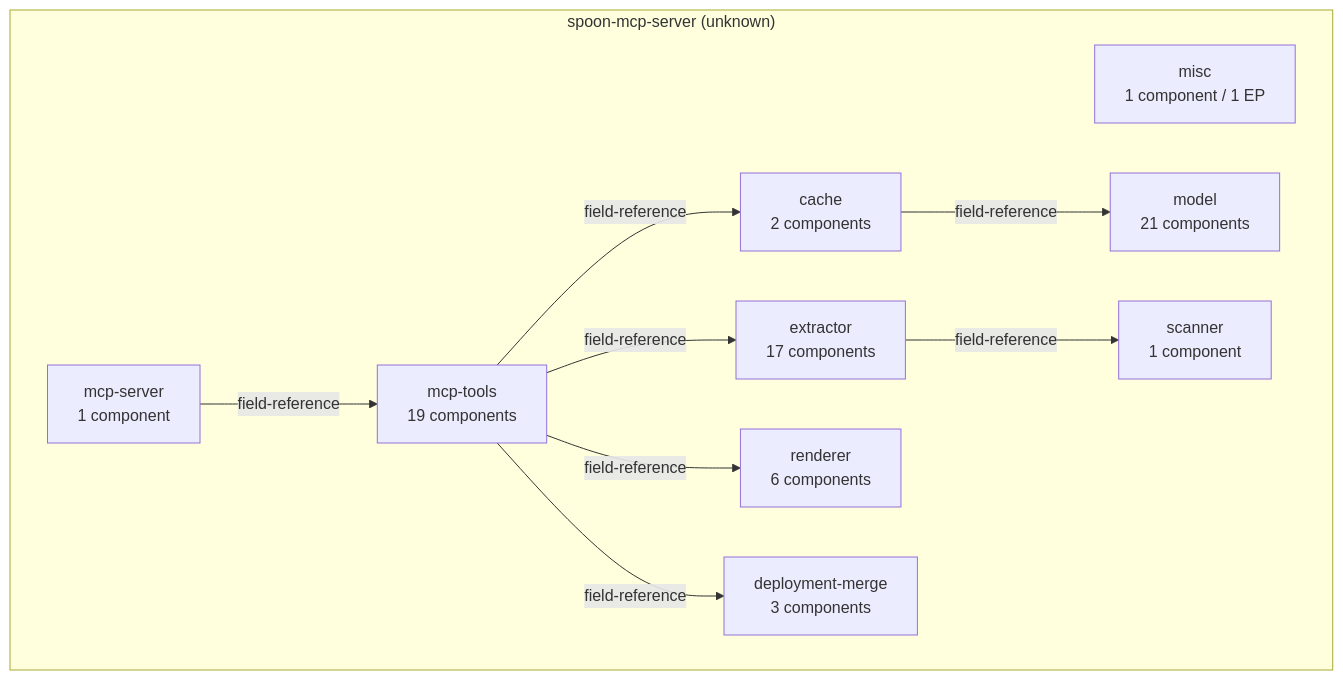
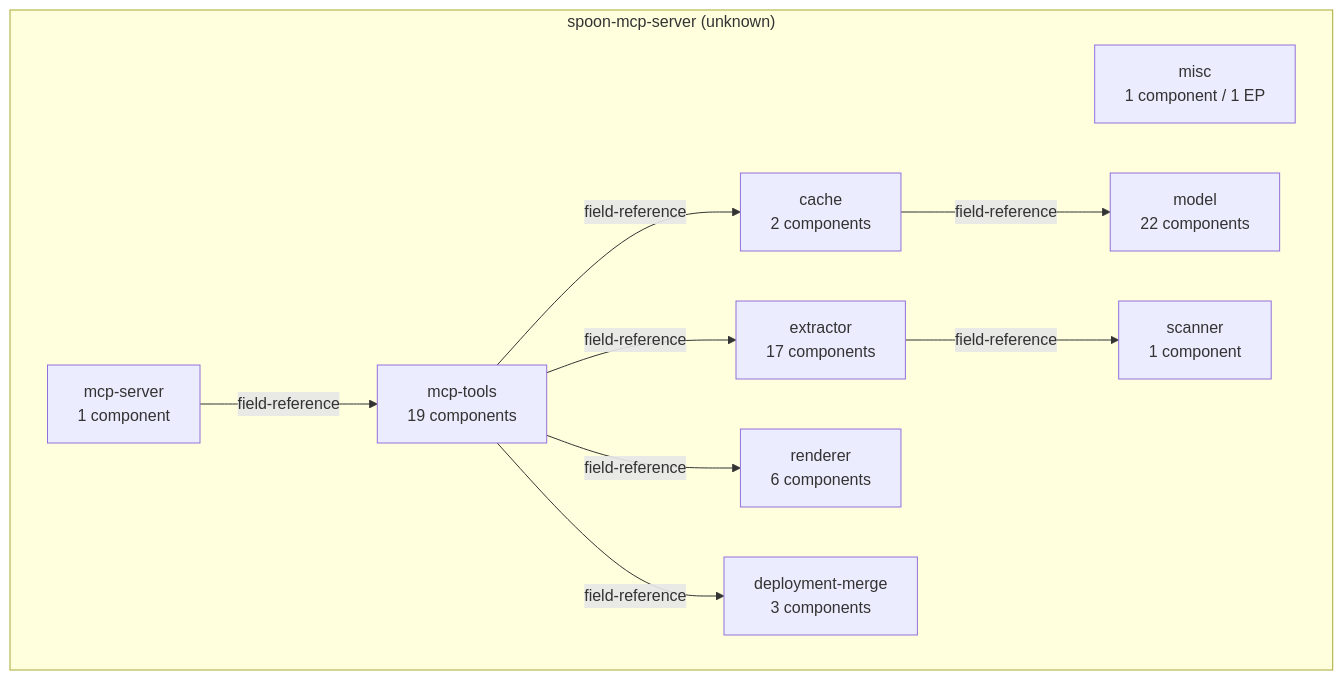
The third of 5 diagrams in docs/ARCHITECTURE.md (DerPate/archlens), drawn with Mermaid before and after one commit. The commit also changed other lines of this file and 17 other files, not shown here.

````diff
--- a/docs/ARCHITECTURE.md
+++ b/docs/ARCHITECTURE.md
@@ -376,21 +380,21 @@
 ```mermaid
 flowchart TD
     subgraph app_spoon_mcp_server["spoon-mcp-server (unknown)"]
         container_app_spoon_mcp_server_misc["misc\n1 component / 1 EP"]
         container_app_spoon_mcp_server_cache["cache\n2 components"]
         container_app_spoon_mcp_server_extractor["extractor\n17 components"]
         container_app_spoon_mcp_server_mcp_server["mcp-server\n1 component"]
         container_app_spoon_mcp_server_mcp_tools["mcp-tools\n19 components"]
         container_app_spoon_mcp_server_deployment_merge["deployment-merge\n3 components"]
-        container_app_spoon_mcp_server_model["model\n21 components"]
+        container_app_spoon_mcp_server_model["model\n22 components"]
         container_app_spoon_mcp_server_renderer["renderer\n6 components"]
         container_app_spoon_mcp_server_scanner["scanner\n1 component"]
     end
     container_app_spoon_mcp_server_cache -->|field-reference| container_app_spoon_mcp_server_model
     container_app_spoon_mcp_server_extractor -->|field-reference| container_app_spoon_mcp_server_scanner
     container_app_spoon_mcp_server_mcp_server -->|field-reference| container_app_spoon_mcp_server_mcp_tools
     container_app_spoon_mcp_server_mcp_tools -->|field-reference| container_app_spoon_mcp_server_cache
     container_app_spoon_mcp_server_mcp_tools -->|field-reference| container_app_spoon_mcp_server_extractor
     container_app_spoon_mcp_server_mcp_tools -->|field-reference| container_app_spoon_mcp_server_renderer
     container_app_spoon_mcp_server_mcp_tools -->|field-reference| container_app_spoon_mcp_server_deployment_merge
 ```
````
